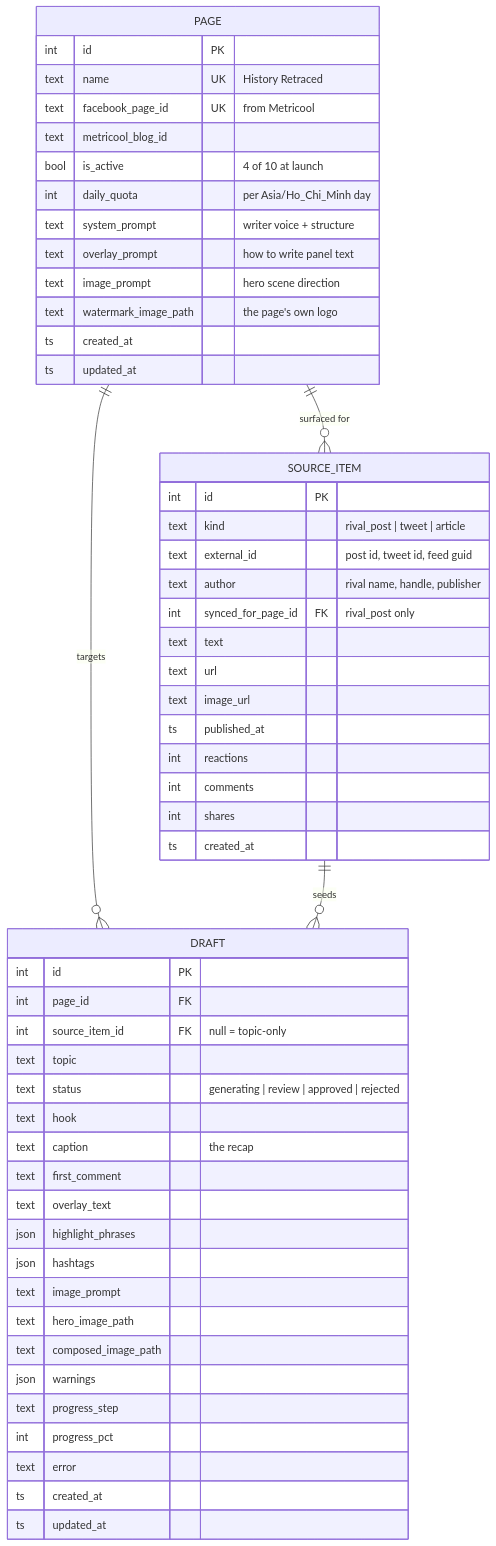
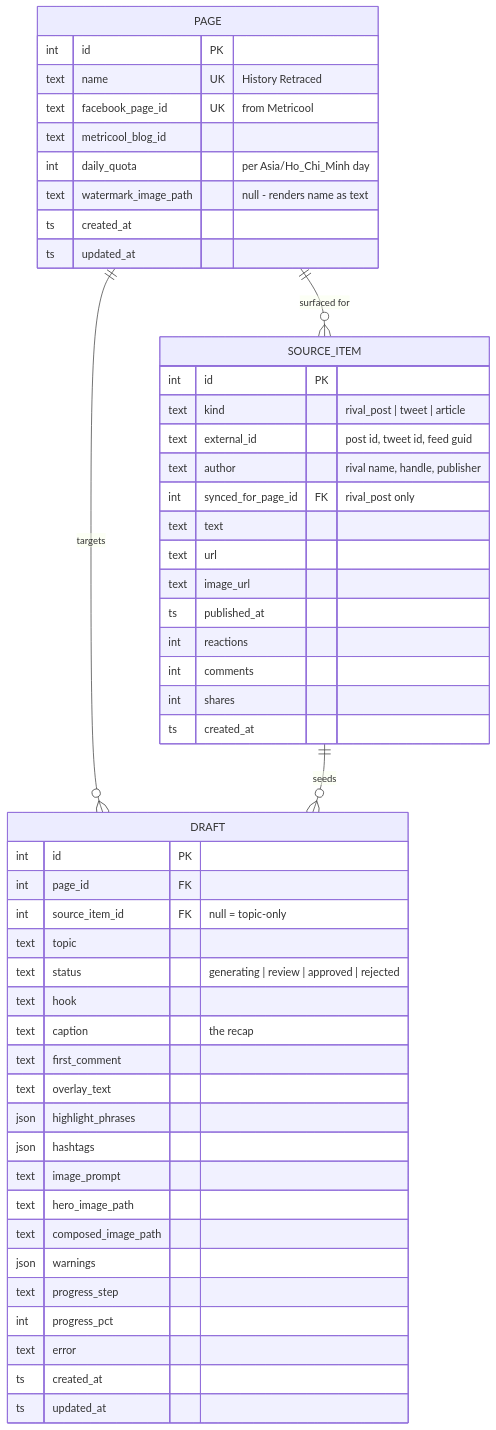
The diagram in docs/data-model.md (nauqh/fb-agent), drawn with Mermaid before and after one commit. The commit also changed other lines of this file and 19 other files, not shown here.

````diff
--- a/docs/data-model.md
+++ b/docs/data-model.md
@@ -12,60 +44,56 @@
 ```mermaid
 erDiagram
     PAGE ||--o{ DRAFT : "targets"
     PAGE ||--o{ SOURCE_ITEM : "surfaced for"
     SOURCE_ITEM ||--o{ DRAFT : "seeds"
 
     PAGE {
         int id PK
         text name UK "History Retraced"
         text facebook_page_id UK "from Metricool"
         text metricool_blog_id
-        bool is_active "4 of 10 at launch"
         int daily_quota "per Asia/Ho_Chi_Minh day"
-        text system_prompt "writer voice + structure"
-        text overlay_prompt "how to write panel text"
-        text image_prompt "hero scene direction"
-        text watermark_image_path "the page's own logo"
+        text watermark_image_path "null - renders name as text"
         ts created_at
         ts updated_at
     }
 
     SOURCE_ITEM {
         int id PK
         text kind "rival_post | tweet | article"
         text external_id "post id, tweet id, feed guid"
         text author "rival name, handle, publisher"
         int synced_for_page_id FK "rival_post only"
         text text
         text url
         text image_url
         ts published_at
         int reactions
         int comments
         int shares
         ts created_at
     }
 
     DRAFT {
         int id PK
         int page_id FK
         int source_item_id FK "null = topic-only"
         text topic
         text status "generating | review | approved | rejected"
         text hook
         text caption "the recap"
         text first_comment
         text overlay_text
         json highlight_phrases
         json hashtags
         text image_prompt
         text hero_image_path
         text composed_image_path
         json warnings
         text progress_step
         int progress_pct
         text error
         ts created_at
         ts updated_at
     }
 ```
````
